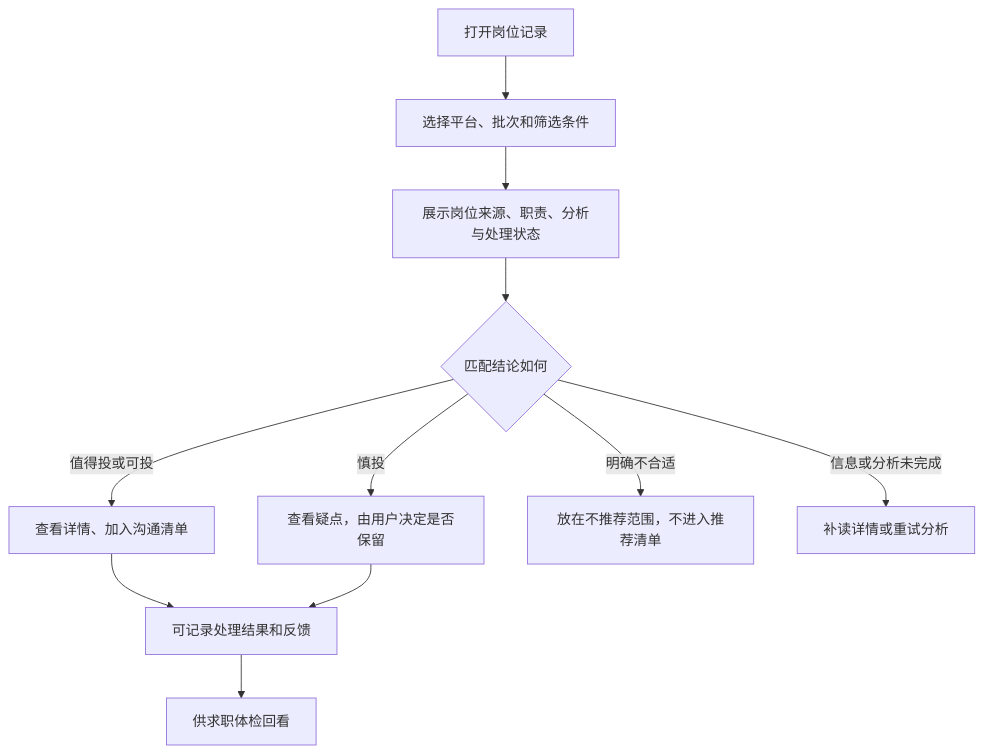
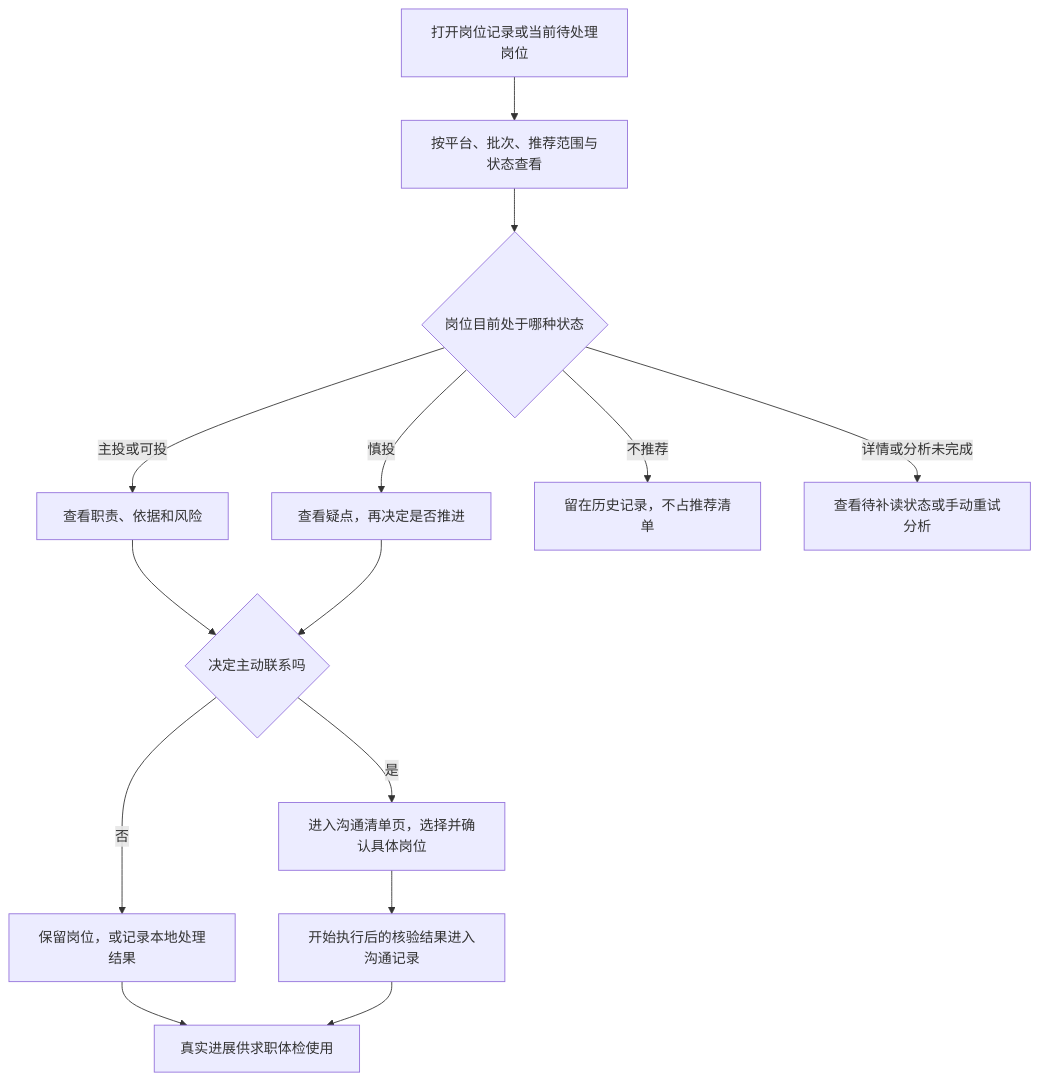
One commit to daydreamer0213/OfferGo changed the fifth of 16 diagrams in docs/offergo-product-module-flows.md. Above: the diagram before and after it, drawn with Mermaid. The commit also changed other lines of this file, not shown here.

Commit message:
docs: correct OfferGo module flow diagrams against code

````diff
--- a/docs/offergo-product-module-flows.md
+++ b/docs/offergo-product-module-flows.md
@@ -100,13 +117,16 @@
 ```mermaid
 flowchart TD
-  A[打开岗位记录] --> B[选择平台、批次和筛选条件]
-  B --> C[展示岗位来源、职责、分析与处理状态]
-  C --> D{匹配结论如何}
-  D -- 值得投或可投 --> E[查看详情、加入沟通清单]
-  D -- 慎投 --> F[查看疑点，由用户决定是否保留]
-  D -- 明确不合适 --> G[放在不推荐范围，不进入推荐清单]
-  D -- 信息或分析未完成 --> H[补读详情或重试分析]
-  E --> I[可记录处理结果和反馈]
-  F --> I
-  I --> J[供求职体检回看]
+  A[打开岗位记录或当前待处理岗位] --> B[按平台、批次、推荐范围与状态查看]
+  B --> C{岗位目前处于哪种状态}
+  C -- 主投或可投 --> D[查看职责、依据和风险]
+  C -- 慎投 --> E[查看疑点，再决定是否推进]
+  C -- 不推荐 --> F[留在历史记录，不占推荐清单]
+  C -- 详情或分析未完成 --> G[查看待补读状态或手动重试分析]
+  D --> H{决定主动联系吗}
+  E --> H
+  H -- 是 --> I[进入沟通清单页，选择并确认具体岗位]
+  H -- 否 --> J[保留岗位，或记录本地处理结果]
+  I --> K[开始执行后的核验结果进入沟通记录]
+  J --> L[真实进展供求职体检使用]
+  K --> L
 ```
````
